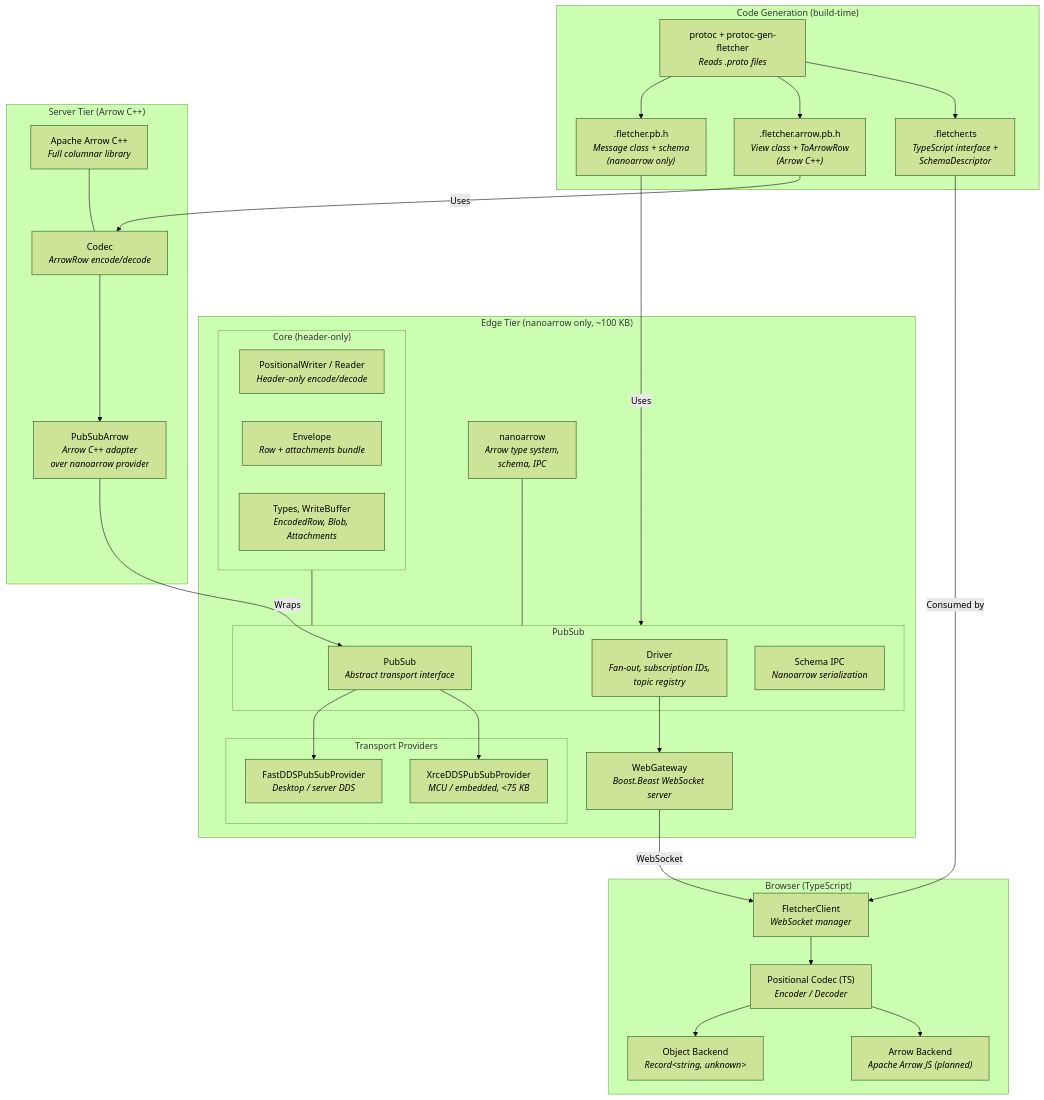
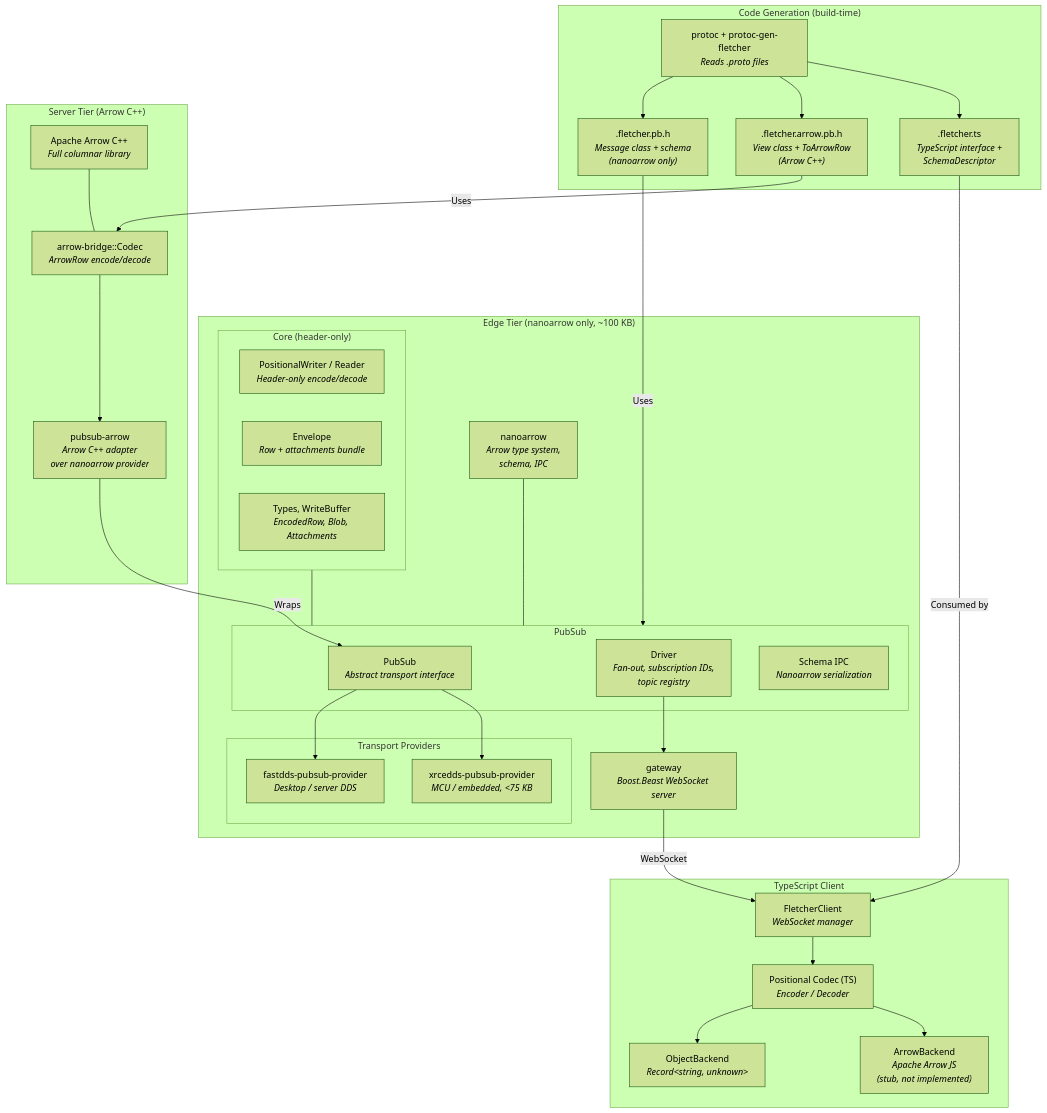
One commit to eivacom/Fletcher changed the second of 5 diagrams in docs/component-diagram.md. Above: the diagram before and after it, drawn with Mermaid (forest theme). The commit also changed other lines of this file and 5 other files, not shown here.

````diff
--- a/docs/component-diagram.md
+++ b/docs/component-diagram.md
@@ -40,69 +40,69 @@
 ```mermaid
 graph TB
     subgraph codegen_layer ["Code Generation (build-time)"]
         PROTOC["protoc + protoc-gen-fletcher<br/><i>Reads .proto files</i>"]
         GEN_EDGE[".fletcher.pb.h<br/><i>Message class + schema<br/>(nanoarrow only)</i>"]
         GEN_SERVER[".fletcher.arrow.pb.h<br/><i>View class + ToArrowRow<br/>(Arrow C++)</i>"]
         GEN_TS[".fletcher.ts<br/><i>TypeScript interface +<br/>SchemaDescriptor</i>"]
 
         PROTOC --> GEN_EDGE
         PROTOC --> GEN_SERVER
         PROTOC --> GEN_TS
     end
 
     subgraph edge_tier ["Edge Tier (nanoarrow only, ~100 KB)"]
         NANOARROW["nanoarrow<br/><i>Arrow type system,<br/>schema, IPC</i>"]
 
         subgraph core_lib ["Core (header-only)"]
             POS_IO["PositionalWriter / Reader<br/><i>Header-only encode/decode</i>"]
             ENVELOPE["Envelope<br/><i>Row + attachments bundle</i>"]
             TYPES["Types, WriteBuffer<br/><i>EncodedRow, Blob, Attachments</i>"]
         end
 
         subgraph pubsub_core ["PubSub"]
             PROVIDER["PubSub<br/><i>Abstract transport interface</i>"]
             DRIVER["Driver<br/><i>Fan-out, subscription IDs,<br/>topic registry</i>"]
             SCHEMA_IPC["Schema IPC<br/><i>Nanoarrow serialization</i>"]
         end
 
         subgraph providers ["Transport Providers"]
-            FASTDDS["FastDDSPubSubProvider<br/><i>Desktop / server DDS</i>"]
-            XRCEDDS["XrceDDSPubSubProvider<br/><i>MCU / embedded, &lt;75 KB</i>"]
+            FASTDDS["fastdds-pubsub-provider<br/><i>Desktop / server DDS</i>"]
+            XRCEDDS["xrcedds-pubsub-provider<br/><i>MCU / embedded, &lt;75 KB</i>"]
         end
 
-        WEB_GATEWAY["WebGateway<br/><i>Boost.Beast WebSocket server</i>"]
+        WEB_GATEWAY["gateway<br/><i>Boost.Beast WebSocket server</i>"]
 
         core_lib --- pubsub_core
         NANOARROW --- pubsub_core
         PROVIDER --> FASTDDS
         PROVIDER --> XRCEDDS
         DRIVER --> WEB_GATEWAY
     end
 
     subgraph server_tier ["Server Tier (Arrow C++)"]
         ARROW_CPP["Apache Arrow C++<br/><i>Full columnar library</i>"]
 
-        POS_CODEC["Codec<br/><i>ArrowRow encode/decode</i>"]
-        PUBSUB_ARROW["PubSubArrow<br/><i>Arrow C++ adapter<br/>over nanoarrow provider</i>"]
+        POS_CODEC["arrow-bridge::Codec<br/><i>ArrowRow encode/decode</i>"]
+        PUBSUB_ARROW["pubsub-arrow<br/><i>Arrow C++ adapter<br/>over nanoarrow provider</i>"]
 
         ARROW_CPP --- POS_CODEC
         POS_CODEC --> PUBSUB_ARROW
     end
 
-    subgraph browser_tier ["Browser (TypeScript)"]
+    subgraph browser_tier ["TypeScript Client"]
         WEBCLIENT["FletcherClient<br/><i>WebSocket manager</i>"]
         TS_CODEC["Positional Codec (TS)<br/><i>Encoder / Decoder</i>"]
-        OBJ_BACKEND["Object Backend<br/><i>Record&lt;string, unknown&gt;</i>"]
-        ARROW_BACKEND["Arrow Backend<br/><i>Apache Arrow JS (planned)</i>"]
+        OBJ_BACKEND["ObjectBackend<br/><i>Record&lt;string, unknown&gt;</i>"]
+        ARROW_BACKEND["ArrowBackend<br/><i>Apache Arrow JS<br/>(stub, not implemented)</i>"]
 
         WEBCLIENT --> TS_CODEC
         TS_CODEC --> OBJ_BACKEND
         TS_CODEC --> ARROW_BACKEND
     end
 
     GEN_EDGE -->|Uses| pubsub_core
     GEN_SERVER -->|Uses| POS_CODEC
     GEN_TS -->|Consumed by| WEBCLIENT
     PUBSUB_ARROW -->|Wraps| PROVIDER
     WEB_GATEWAY -->|WebSocket| WEBCLIENT
 ```
````
